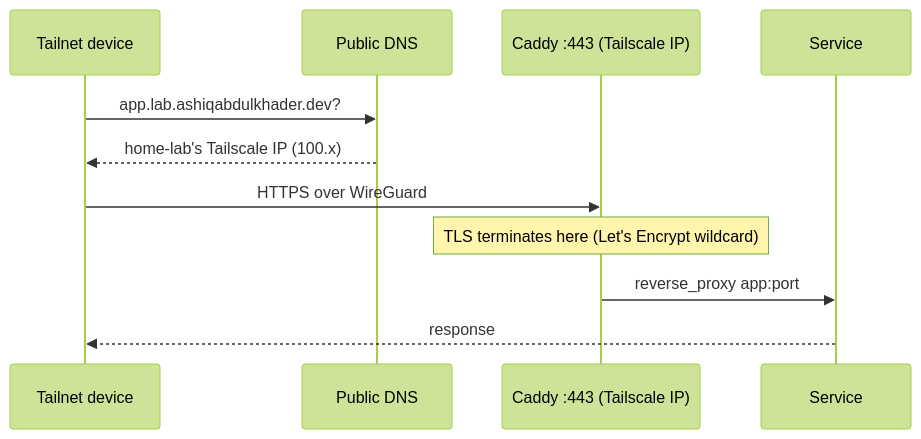
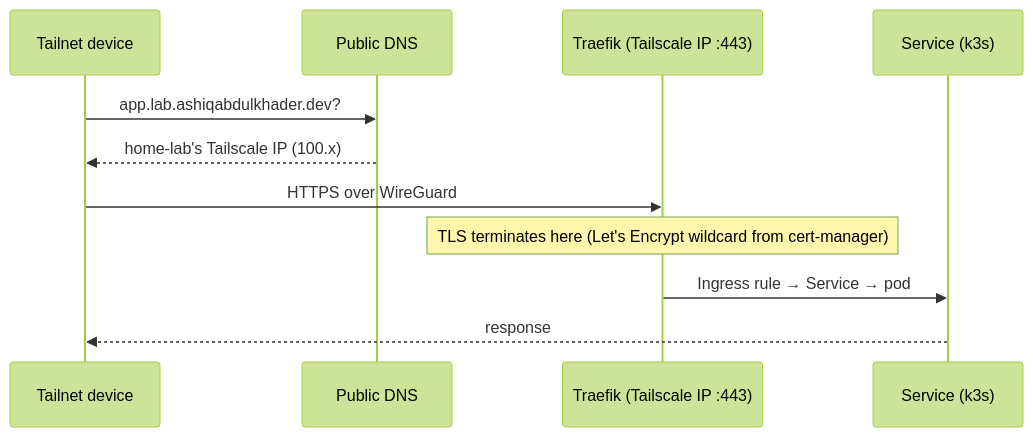
Before and after one commit to AshiqAbdulkhader/Homelab: the third of 3 diagrams in docs/architecture.md, drawn with Mermaid (forest theme). The commit also changed other lines of this file and 7 other files, not shown here.

````diff
--- a/docs/architecture.md
+++ b/docs/architecture.md
@@ -96,13 +120,13 @@
 ```mermaid
 sequenceDiagram
     participant D as Tailnet device
     participant DNS as Public DNS
-    participant C as Caddy :443 (Tailscale IP)
-    participant S as Service
+    participant T as Traefik (Tailscale IP :443)
+    participant S as Service (k3s)
     D->>DNS: app.lab.ashiqabdulkhader.dev?
     DNS-->>D: home-lab's Tailscale IP (100.x)
-    D->>C: HTTPS over WireGuard
-    Note over C: TLS terminates here (Let's Encrypt wildcard)
-    C->>S: reverse_proxy app:port
+    D->>T: HTTPS over WireGuard
+    Note over T: TLS terminates here (Let's Encrypt wildcard from cert-manager)
+    T->>S: Ingress rule → Service → pod
     S-->>D: response
 ```
````
